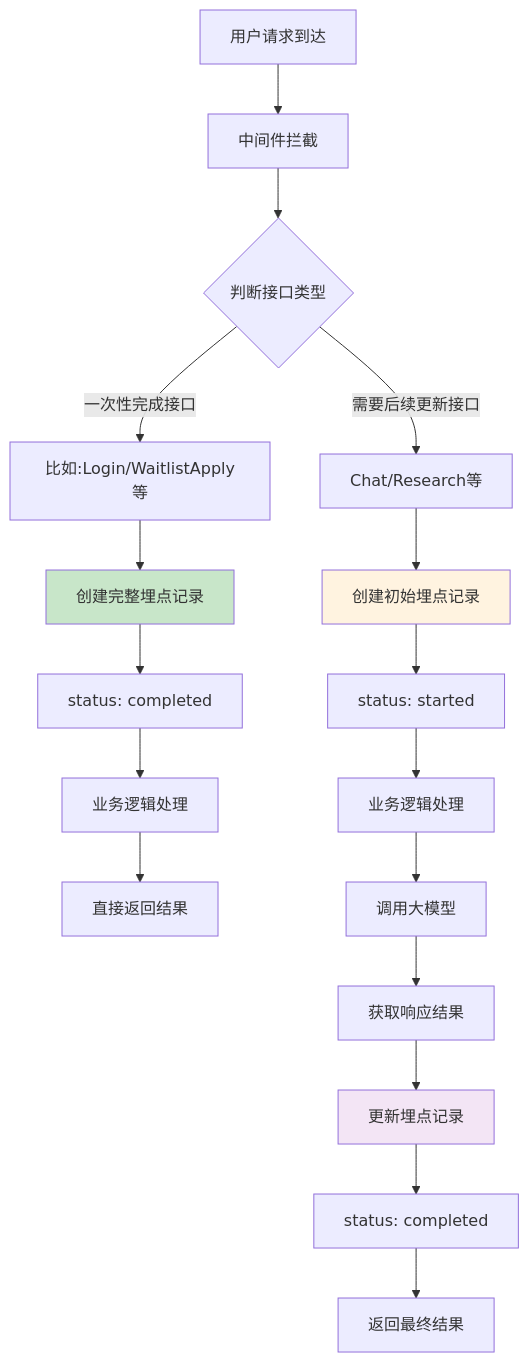
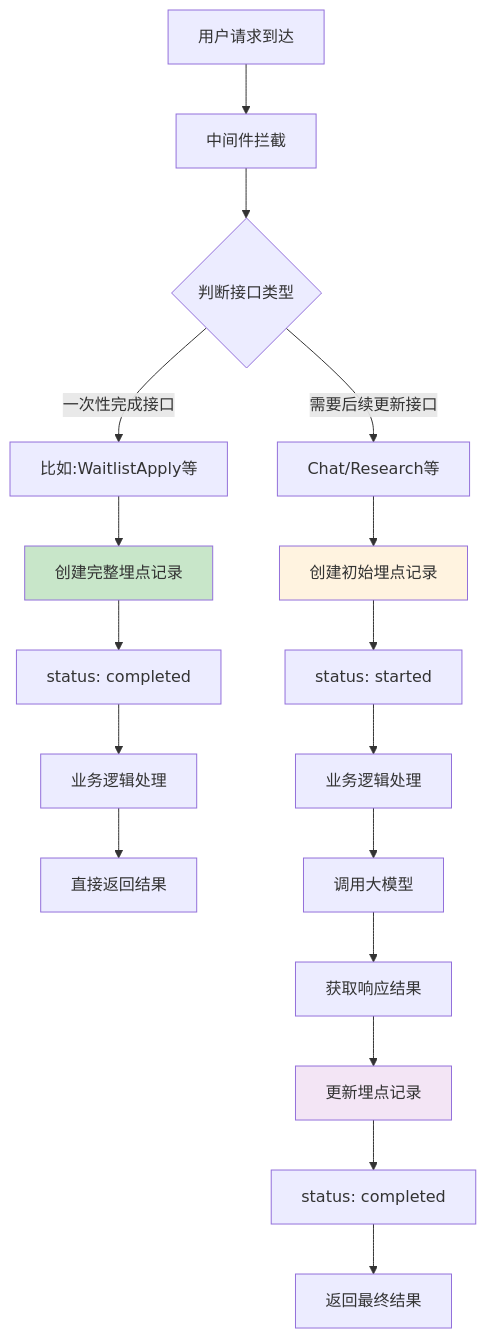
One commit to yingjianzh/iodraw-files changed the diagram in all/未命名-78.md. Above: the diagram before and after it, drawn with Mermaid.

Commit message:
2025-07-08 17:15:41 update

````diff
--- a/all/未命名-78.md
+++ b/all/未命名-78.md
@@ -1,26 +1,26 @@
 ```mermaid
 flowchart TD
     A[用户请求到达] --> B[中间件拦截]
     B --> C{判断接口类型}
     
-    C -->|一次性完成接口| D[比如:Login/WaitlistApply等]
+    C -->|一次性完成接口| D[比如:WaitlistApply等]
     C -->|需要后续更新接口| E[Chat/Research等]
     
     D --> F[创建完整埋点记录]
     F --> G[status: completed]
     G --> H[业务逻辑处理]
     H --> I[直接返回结果]
     
     E --> J[创建初始埋点记录]
     J --> K[status: started]
     K --> L[业务逻辑处理]
     L --> M[调用大模型]
     M --> N[获取响应结果]
     N --> O[更新埋点记录]
     O --> P[status: completed]
     P --> Q[返回最终结果]
     
     style F fill:#c8e6c9
     style J fill:#fff3e0
     style O fill:#f3e5f5
 ```
````
